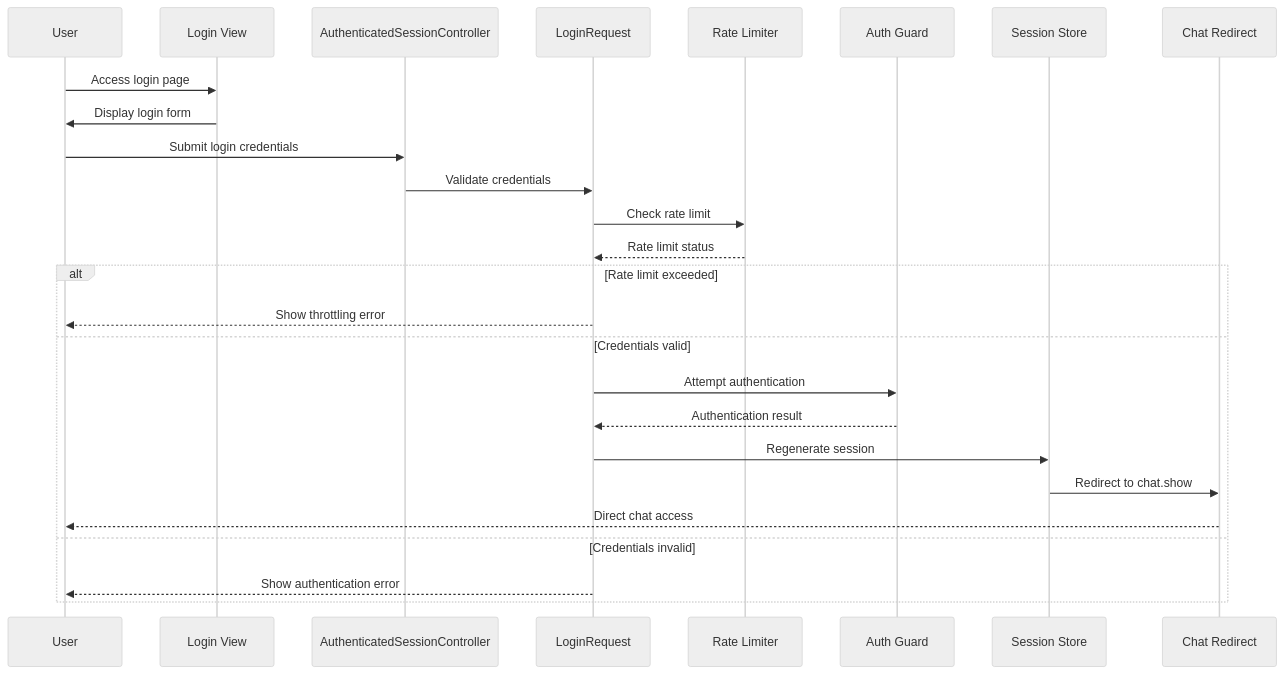
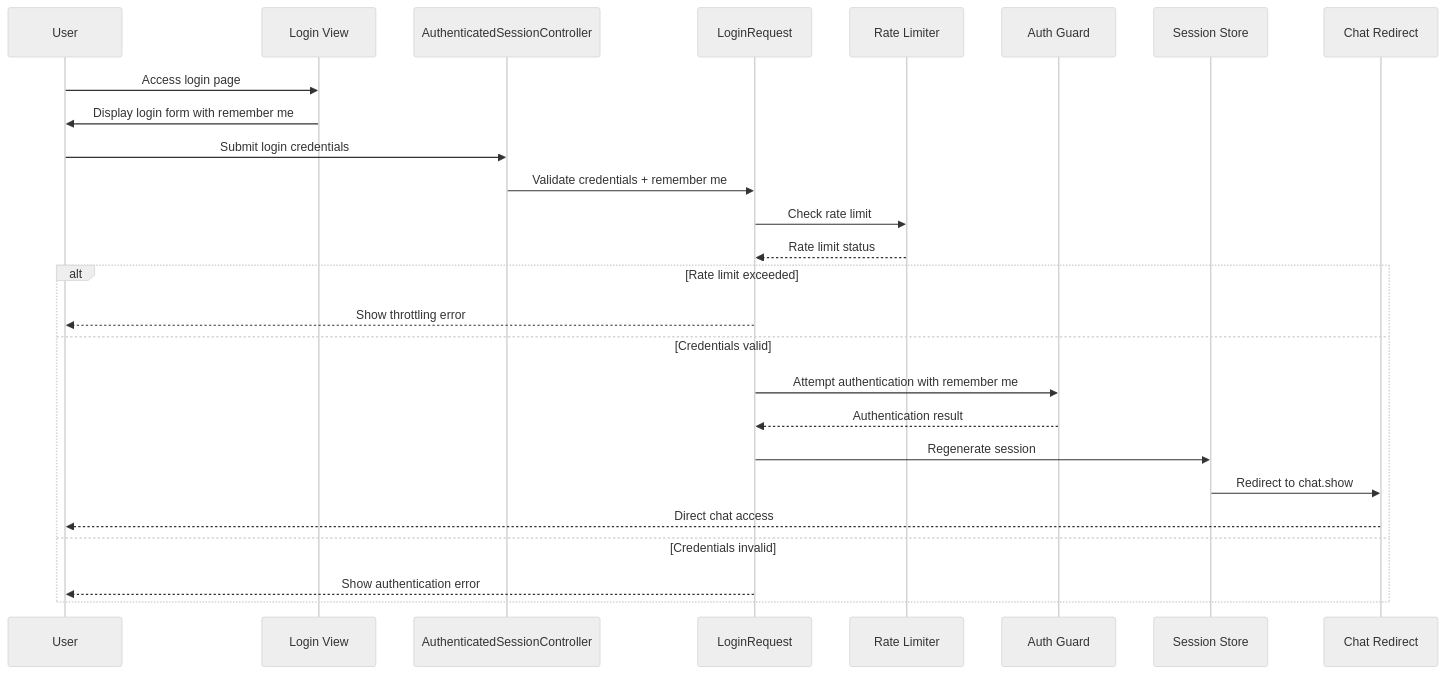
One commit to siimliimand/laravel-assistant changed the fourth of 8 diagrams in .qoder/repowiki/en/content/Laravel Application Components/Authentication System.md. Above: the diagram before and after it, drawn with Mermaid (neutral theme). The commit also changed other lines of this file and 6 other files, not shown here.

First line of the commit message:
feat(database): add project management schema with ownership and status tracking

````diff
--- a/.qoder/repowiki/en/content/Laravel Application Components/Authentication System.md
+++ b/.qoder/repowiki/en/content/Laravel Application Components/Authentication System.md
@@ -223,28 +227,28 @@
 ```mermaid
 sequenceDiagram
 participant User as User
 participant LoginView as Login View
 participant LoginController as AuthenticatedSessionController
 participant LoginForm as LoginRequest
 participant RateLimiter as Rate Limiter
 participant AuthGuard as Auth Guard
 participant SessionStore as Session Store
 participant ChatRedirect as Chat Redirect
 User->>LoginView : Access login page
-LoginView->>User : Display login form
+LoginView->>User : Display login form with remember me
 User->>LoginController : Submit login credentials
-LoginController->>LoginForm : Validate credentials
+LoginController->>LoginForm : Validate credentials + remember me
 LoginForm->>RateLimiter : Check rate limit
 RateLimiter-->>LoginForm : Rate limit status
 alt Rate limit exceeded
 LoginForm-->>User : Show throttling error
 else Credentials valid
-LoginForm->>AuthGuard : Attempt authentication
+LoginForm->>AuthGuard : Attempt authentication with remember me
 AuthGuard-->>LoginForm : Authentication result
 LoginForm->>SessionStore : Regenerate session
 SessionStore->>ChatRedirect : Redirect to chat.show
 ChatRedirect-->>User : Direct chat access
 else Credentials invalid
 LoginForm-->>User : Show authentication error
 end
 ```
````
